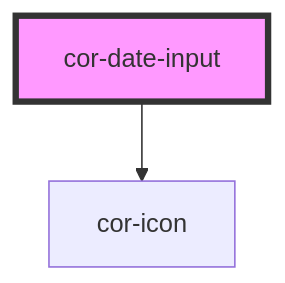
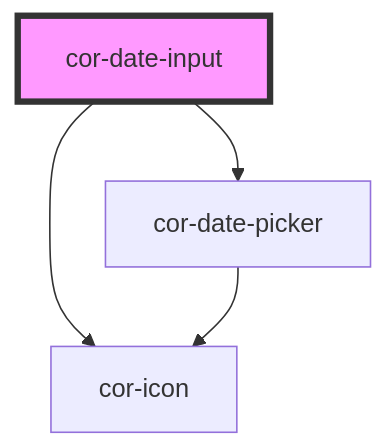
The diagram in src/components/cor-date-input/readme.md (egov-moldova/design-system), drawn with Mermaid before and after one commit. The commit also changed other lines of this file and 22 other files, not shown here.

First line of the commit message:
fix(cor-input-chip): a11y + form-association sweep

````diff
--- a/src/components/cor-date-input/readme.md
+++ b/src/components/cor-date-input/readme.md
@@ -78,5 +80,7 @@
 ```mermaid
 graph TD;
   cor-date-input --> cor-icon
+  cor-date-input --> cor-date-picker
+  cor-date-picker --> cor-icon
   style cor-date-input fill:#f9f,stroke:#333,stroke-width:4px
 ```
````
